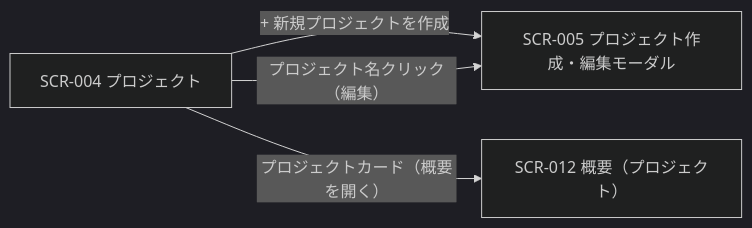
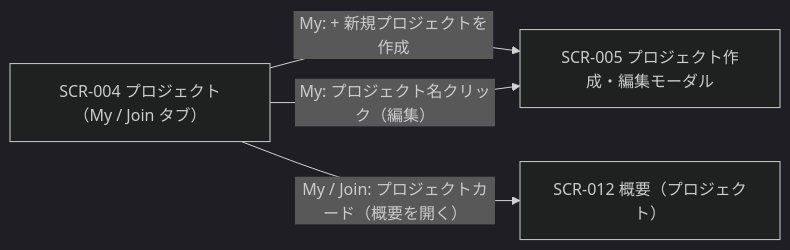
One commit to sikakou54/open-faq changed the diagram in 02_basic_design/01_frontend/01_screens/SCR-004.md. Above: the diagram before and after it, drawn with Mermaid (dark theme). The commit also changed other lines of this file and 191 other files, not shown here.

````diff
--- a/02_basic_design/01_frontend/01_screens/SCR-004.md
+++ b/02_basic_design/01_frontend/01_screens/SCR-004.md
@@ -21,9 +21,9 @@
 ```mermaid
 flowchart LR
-  S1["SCR-004 プロジェクト"]
+  S1["SCR-004 プロジェクト（My / Join タブ）"]
   S2["SCR-005 プロジェクト作成・編集モーダル"]
   S3["SCR-012 概要（プロジェクト）"]
-  S1 -->|+ 新規プロジェクトを作成| S2
-  S1 -->|プロジェクト名クリック（編集）| S2
-  S1 -->|プロジェクトカード（概要を開く）| S3
+  S1 -->|My: + 新規プロジェクトを作成| S2
+  S1 -->|My: プロジェクト名クリック（編集）| S2
+  S1 -->|My / Join: プロジェクトカード（概要を開く）| S3
 ```
````
